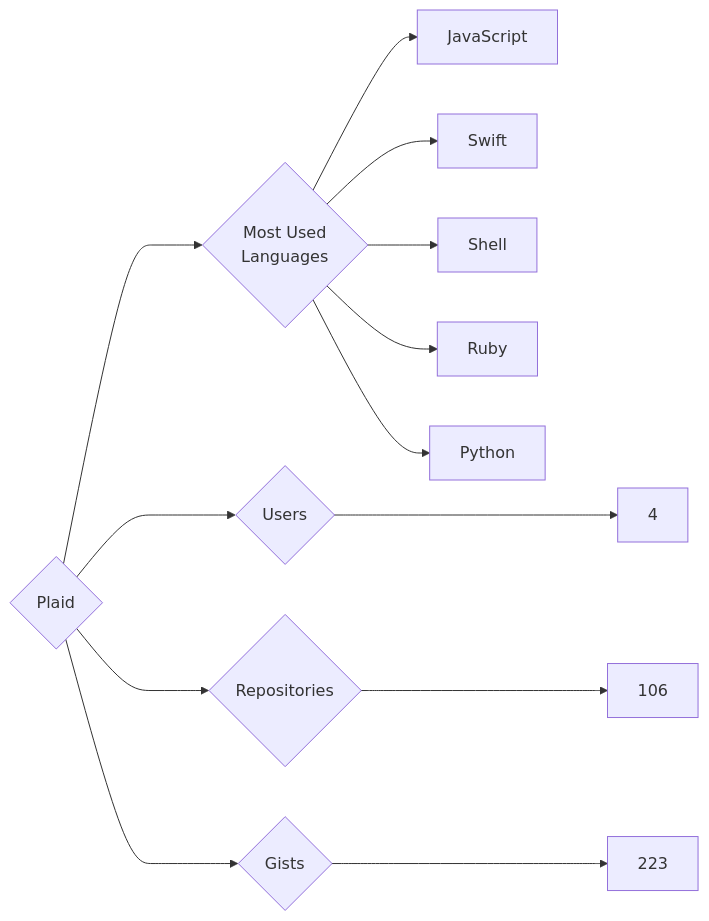
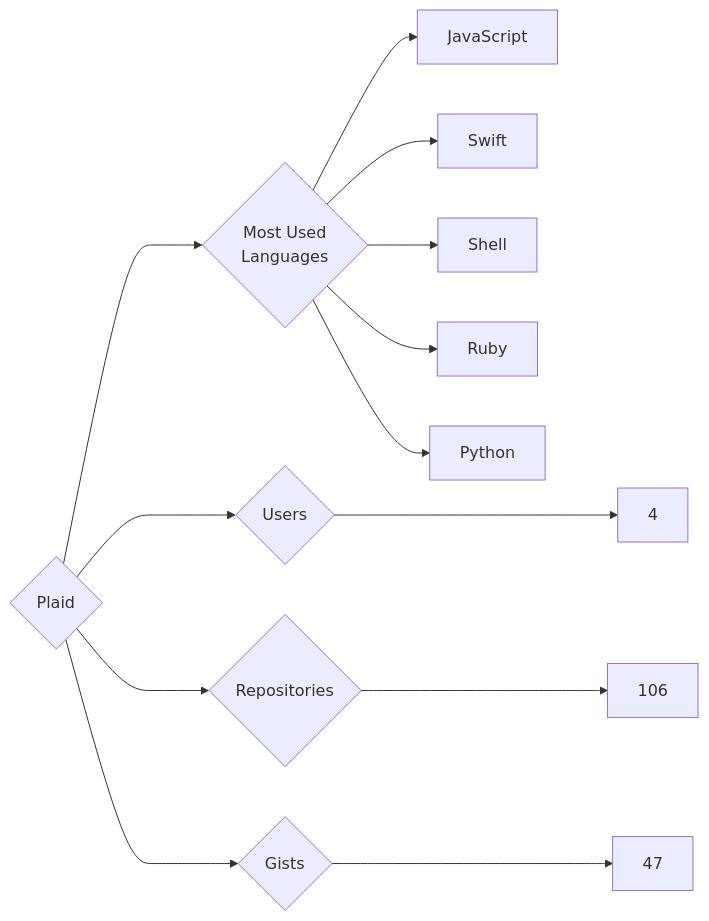
One commit to trickest/insiders changed the diagram in targets/Plaid/README.md. Above: the diagram before and after it, drawn with Mermaid. The commit also changed 948 other files, not shown here.

````diff
--- a/targets/Plaid/README.md
+++ b/targets/Plaid/README.md
@@ -3,13 +3,13 @@
 ```mermaid
 graph LR
 COMPANY_NAME{Plaid}
 COMPANY_NAME ---> U{Users} ---> UN[4]
 COMPANY_NAME ---> R{Repositories} ---> RN[106]
-COMPANY_NAME ---> G{Gists} ---> GN[223]
+COMPANY_NAME ---> G{Gists} ---> GN[47]
 COMPANY_NAME ---> ML{Most Used<br>Languages}
 ML --> JavaScript[JavaScript]
 ML --> Swift[Swift]
 ML --> Shell[Shell]
 ML --> Ruby[Ruby]
 ML --> Python[Python]
 ```
````
